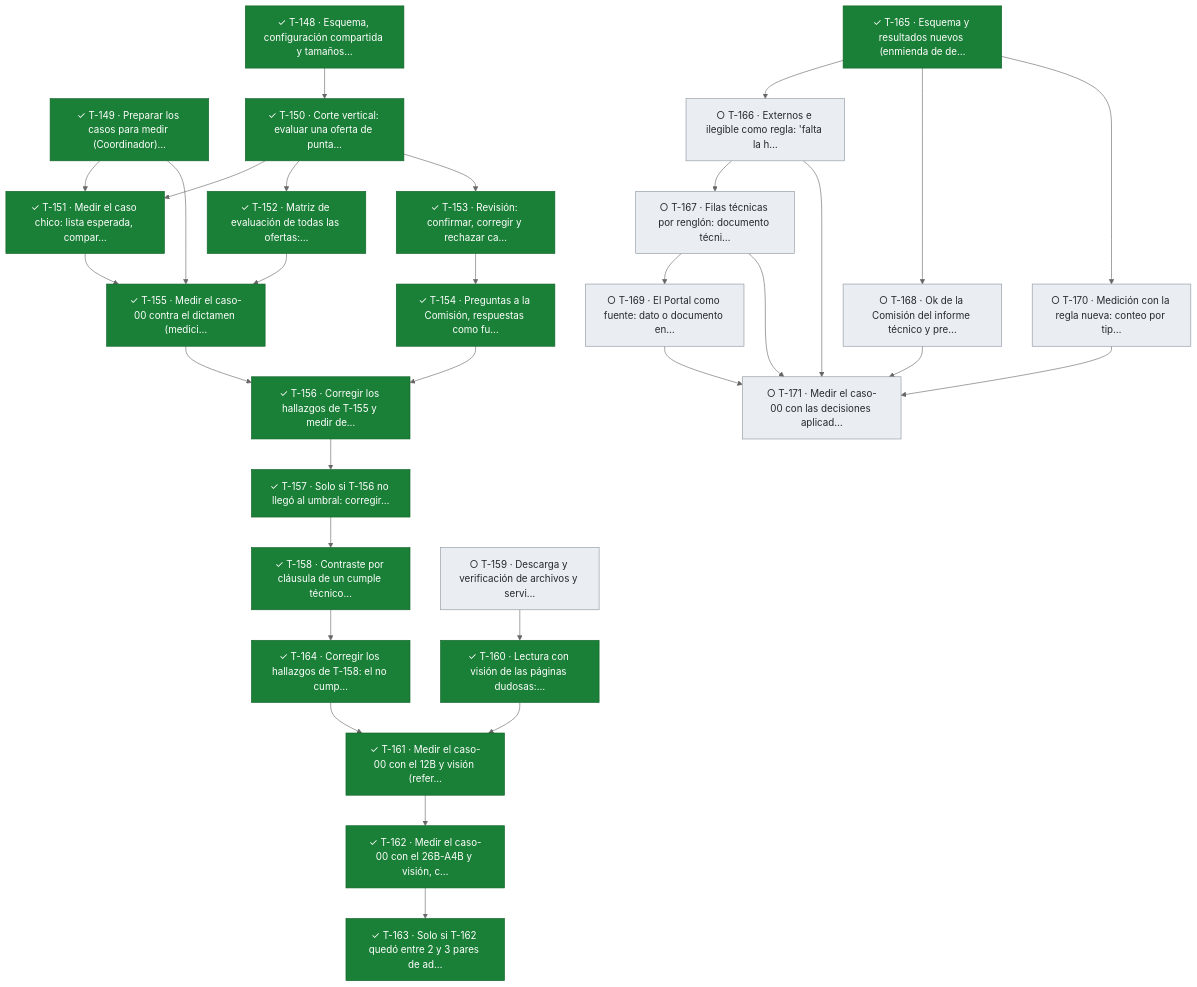
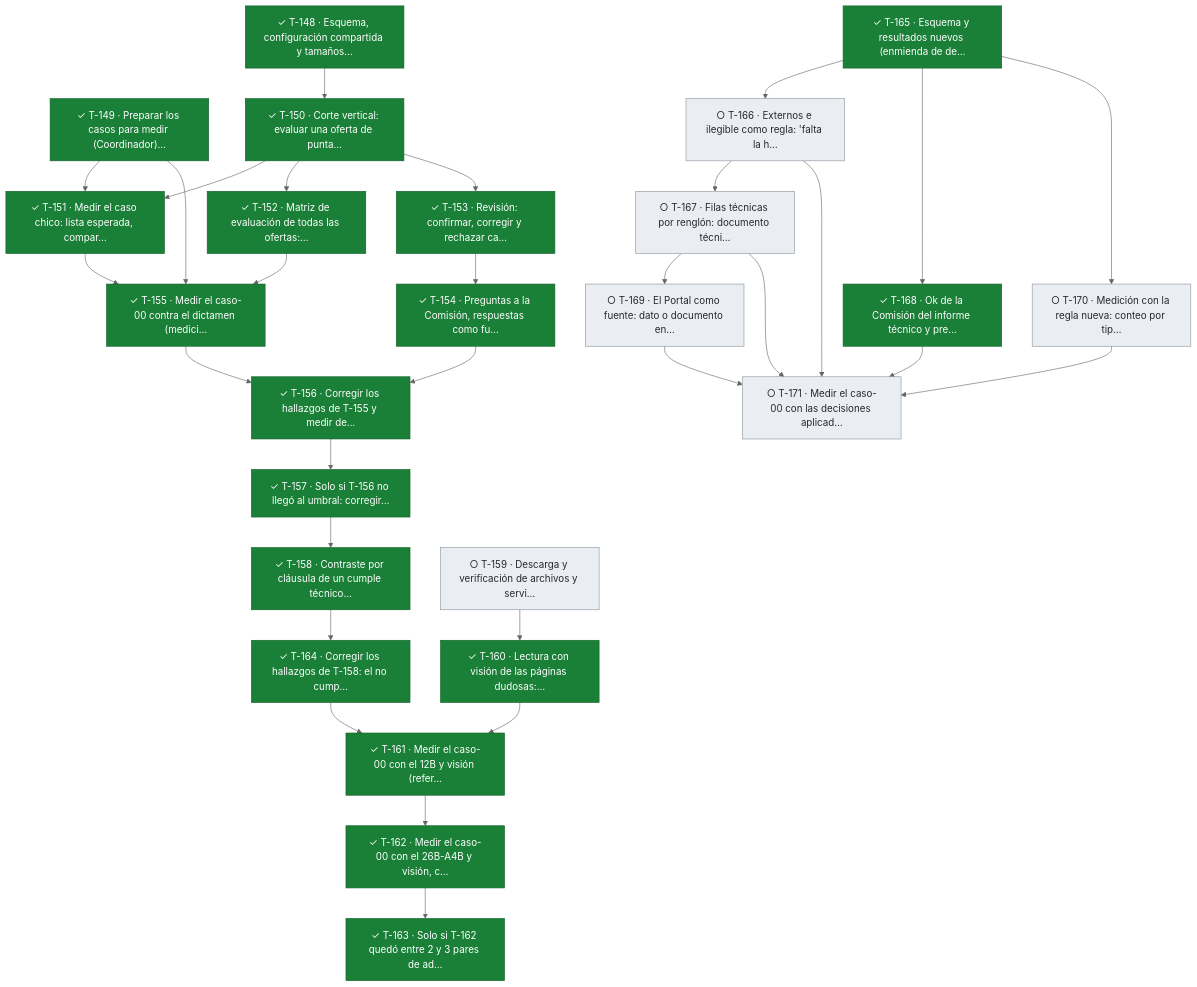
One commit to snavello/EVALUON changed the seventh of 11 diagrams in docs/tablero.md. Above: the diagram before and after it, drawn with Mermaid (neutral theme). The commit also changed other lines of this file and 1 other file, not shown here.

````diff
--- a/docs/tablero.md
+++ b/docs/tablero.md
@@ -699,61 +699,61 @@
 ```mermaid
 flowchart TD
   T148["✓ T-148 · Esquema, configuración compartida y tamaños…"]:::done
   T149["✓ T-149 · Preparar los casos para medir (Coordinador)…"]:::done
   T150["✓ T-150 · Corte vertical: evaluar una oferta de punta…"]:::done
   T151["✓ T-151 · Medir el caso chico: lista esperada, compar…"]:::done
   T152["✓ T-152 · Matriz de evaluación de todas las ofertas:…"]:::done
   T153["✓ T-153 · Revisión: confirmar, corregir y rechazar ca…"]:::done
   T154["✓ T-154 · Preguntas a la Comisión, respuestas como fu…"]:::done
   T155["✓ T-155 · Medir el caso-00 contra el dictamen (medici…"]:::done
   T156["✓ T-156 · Corregir los hallazgos de T-155 y medir de…"]:::done
   T157["✓ T-157 · Solo si T-156 no llegó al umbral: corregir…"]:::done
   T158["✓ T-158 · Contraste por cláusula de un cumple técnico…"]:::done
   T164["✓ T-164 · Corregir los hallazgos de T-158: el no cump…"]:::done
   T159["○ T-159 · Descarga y verificación de archivos y servi…"]:::todo
   T160["✓ T-160 · Lectura con visión de las páginas dudosas:…"]:::done
   T161["✓ T-161 · Medir el caso-00 con el 12B y visión (refer…"]:::done
   T162["✓ T-162 · Medir el caso-00 con el 26B-A4B y visión, c…"]:::done
   T163["✓ T-163 · Solo si T-162 quedó entre 2 y 3 pares de ad…"]:::done
   T165["✓ T-165 · Esquema y resultados nuevos (enmienda de de…"]:::done
   T166["○ T-166 · Externos e ilegible como regla: 'falta la h…"]:::todo
   T167["○ T-167 · Filas técnicas por renglón: documento técni…"]:::todo
-  T168["○ T-168 · Ok de la Comisión del informe técnico y pre…"]:::todo
+  T168["✓ T-168 · Ok de la Comisión del informe técnico y pre…"]:::done
   T169["○ T-169 · El Portal como fuente: dato o documento en…"]:::todo
   T170["○ T-170 · Medición con la regla nueva: conteo por tip…"]:::todo
   T171["○ T-171 · Medir el caso-00 con las decisiones aplicad…"]:::todo
   T148 --> T150
   T149 --> T151
   T150 --> T151
   T150 --> T152
   T150 --> T153
   T153 --> T154
   T149 --> T155
   T151 --> T155
   T152 --> T155
   T154 --> T156
   T155 --> T156
   T156 --> T157
   T157 --> T158
   T158 --> T164
   T159 --> T160
   T160 --> T161
   T164 --> T161
   T161 --> T162
   T162 --> T163
   T165 --> T166
   T166 --> T167
   T165 --> T168
   T167 --> T169
   T165 --> T170
   T166 --> T171
   T167 --> T171
   T168 --> T171
   T169 --> T171
   T170 --> T171
   classDef done fill:#1a7f37,stroke:#116329,color:#ffffff
   classDef review fill:#0969da,stroke:#0550ae,color:#ffffff
   classDef active fill:#bf8700,stroke:#7d4e00,color:#ffffff
   classDef blocked fill:#cf222e,stroke:#a40e26,color:#ffffff
   classDef todo fill:#eaeef2,stroke:#8c959f,color:#24292f
 ```
````
